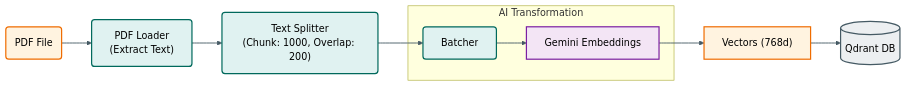
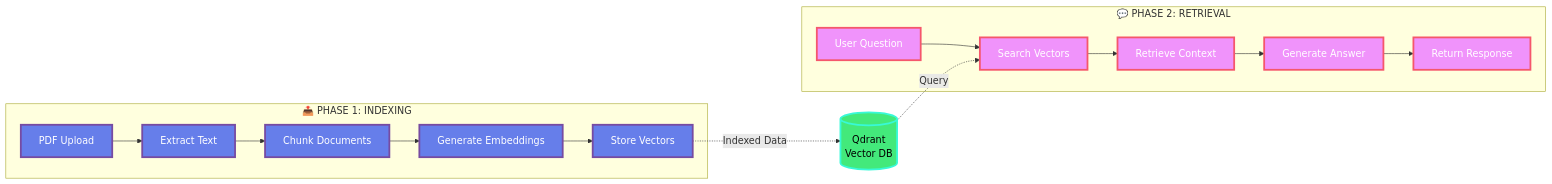
The third of 3 diagrams in README.md (AbhinavCoder-14/PromptPage), drawn with Mermaid before and after one commit. The commit also changed other lines of this file, not shown here.

First line of the commit message:
Revise flowcharts and styling in README

````diff
--- a/README.md
+++ b/README.md
@@ -218,25 +230,30 @@
 ```mermaid
-flowchart LR
-    %% --- STYLES ---
-    classDef file fill:#fff3e0,stroke:#ef6c00,stroke-width:2px,color:#000
-    classDef process fill:#e0f2f1,stroke:#00695c,stroke-width:2px,color:#000,rx:5,ry:5
-    classDef model fill:#f3e5f5,stroke:#7b1fa2,stroke-width:2px,color:#000
-    classDef db fill:#eceff1,stroke:#455a64,stroke-width:2px,color:#000,shape:cylinder
-
-    Input("PDF File"):::file --> Loader["PDF Loader<br/>(Extract Text)"]:::process
+graph LR
+    %% Styling
+    classDef phase1 fill:#667eea,stroke:#764ba2,stroke-width:3px,color:#fff
+    classDef phase2 fill:#f093fb,stroke:#f5576c,stroke-width:3px,color:#fff
+    classDef storage fill:#43e97b,stroke:#38f9d7,stroke-width:3px,color:#000
     
-    Loader --> Splitter["Text Splitter<br/>(Chunk: 1000, Overlap: 200)"]:::process
+    subgraph PHASE1["📤 PHASE 1: INDEXING"]
+        P1A[PDF Upload]:::phase1
+        P1B[Extract Text]:::phase1
+        P1C[Chunk Documents]:::phase1
+        P1D[Generate Embeddings]:::phase1
+        P1E[Store Vectors]:::phase1
+        
+        P1A --> P1B --> P1C --> P1D --> P1E
+    end
     
-    Splitter --> Batcher["Batcher"]:::process
+    subgraph PHASE2["💬 PHASE 2: RETRIEVAL"]
+        P2A[User Question]:::phase2
+        P2B[Search Vectors]:::phase2
+        P2C[Retrieve Context]:::phase2
+        P2D[Generate Answer]:::phase2
+        P2E[Return Response]:::phase2
+        
+        P2A --> P2B --> P2C --> P2D --> P2E
+    end
     
-    subgraph Transformation [" AI Transformation "]
-        Batcher --> Embedder["Gemini Embeddings"]:::model
-    end
-
-    Embedder --> Vector["Vectors (768d)"]:::file
-    
-    Vector --> Storage[("Qdrant DB")]:::db
-
-    %% --- LINK STYLES ---
-    linkStyle default stroke:#455a64,stroke-width:1.5px,curve:basis
+    P1E -.->|Indexed Data| DB[(Qdrant<br/>Vector DB)]:::storage
+    DB -.->|Query| P2B
 ```
````
